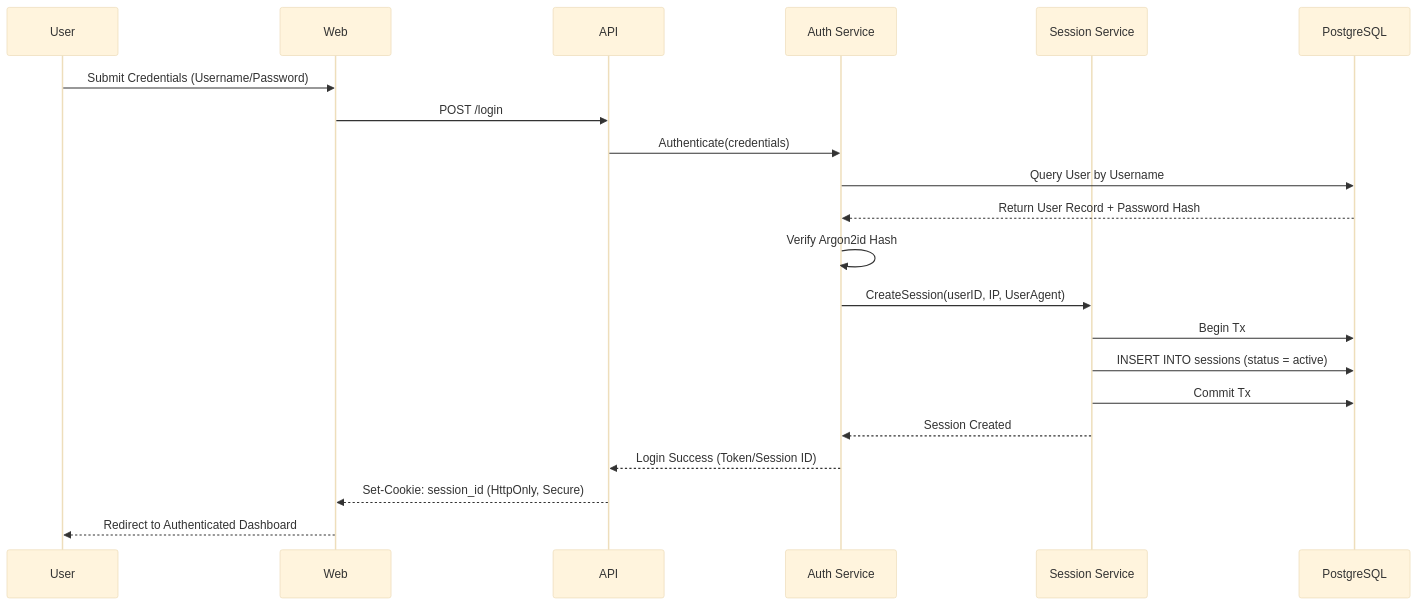
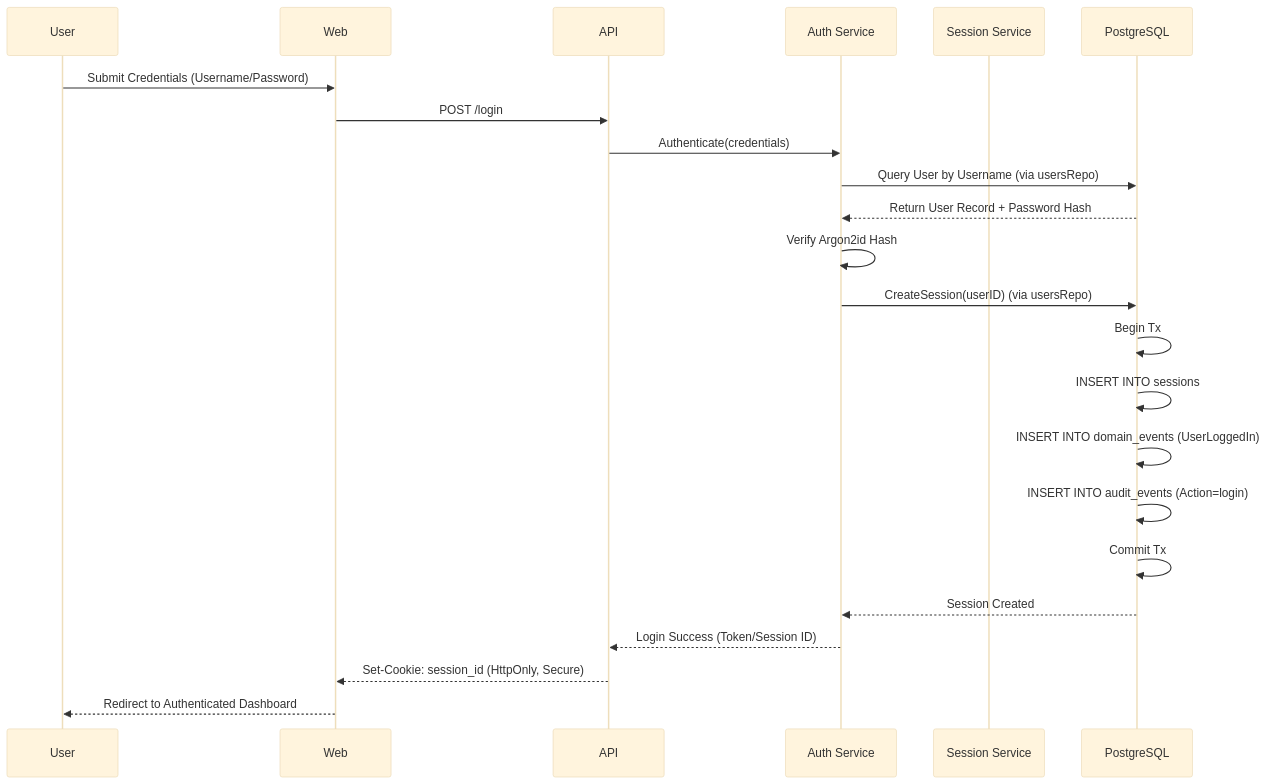
Before and after one commit to swamydkv/artha-kosha: the fourth of 5 diagrams in docs/system-architecture.md, drawn with Mermaid (base theme). The commit also changed other lines of this file and 25 other files, not shown here.

````diff
--- a/docs/system-architecture.md
+++ b/docs/system-architecture.md
@@ -156,27 +156,29 @@
 ```mermaid
 sequenceDiagram
     participant User
     participant Web
     participant API
     participant AuthSvc as Auth Service
     participant SessSvc as Session Service
     participant DB as PostgreSQL
 
     User->>Web: Submit Credentials (Username/Password)
     Web->>API: POST /login
     API->>AuthSvc: Authenticate(credentials)
     
-    AuthSvc->>DB: Query User by Username
+    AuthSvc->>DB: Query User by Username (via usersRepo)
     DB-->>AuthSvc: Return User Record + Password Hash
     AuthSvc->>AuthSvc: Verify Argon2id Hash
     
-    AuthSvc->>SessSvc: CreateSession(userID, IP, UserAgent)
-    SessSvc->>DB: Begin Tx
-    SessSvc->>DB: INSERT INTO sessions (status = active)
-    SessSvc->>DB: Commit Tx
-    SessSvc-->>AuthSvc: Session Created
+    AuthSvc->>DB: CreateSession(userID) (via usersRepo)
+    DB->>DB: Begin Tx
+    DB->>DB: INSERT INTO sessions
+    DB->>DB: INSERT INTO domain_events (UserLoggedIn)
+    DB->>DB: INSERT INTO audit_events (Action=login)
+    DB->>DB: Commit Tx
+    DB-->>AuthSvc: Session Created
     
     AuthSvc-->>API: Login Success (Token/Session ID)
     API-->>Web: Set-Cookie: session_id (HttpOnly, Secure)
     Web-->>User: Redirect to Authenticated Dashboard
 ```
````
